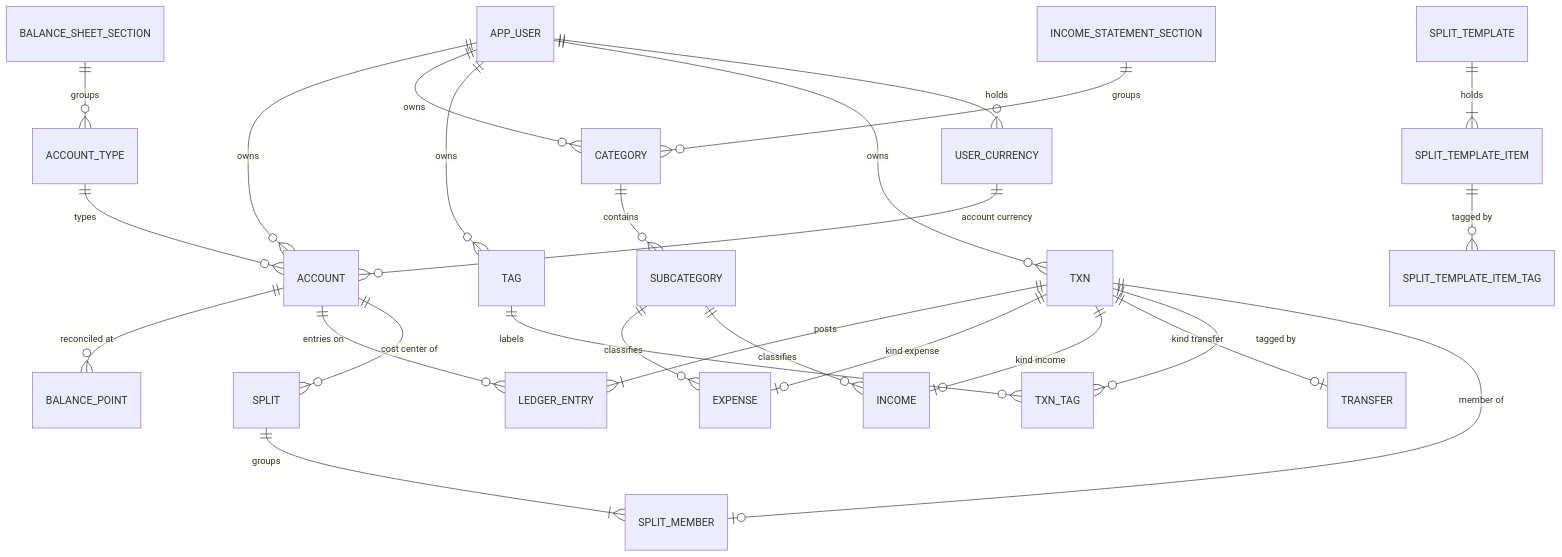
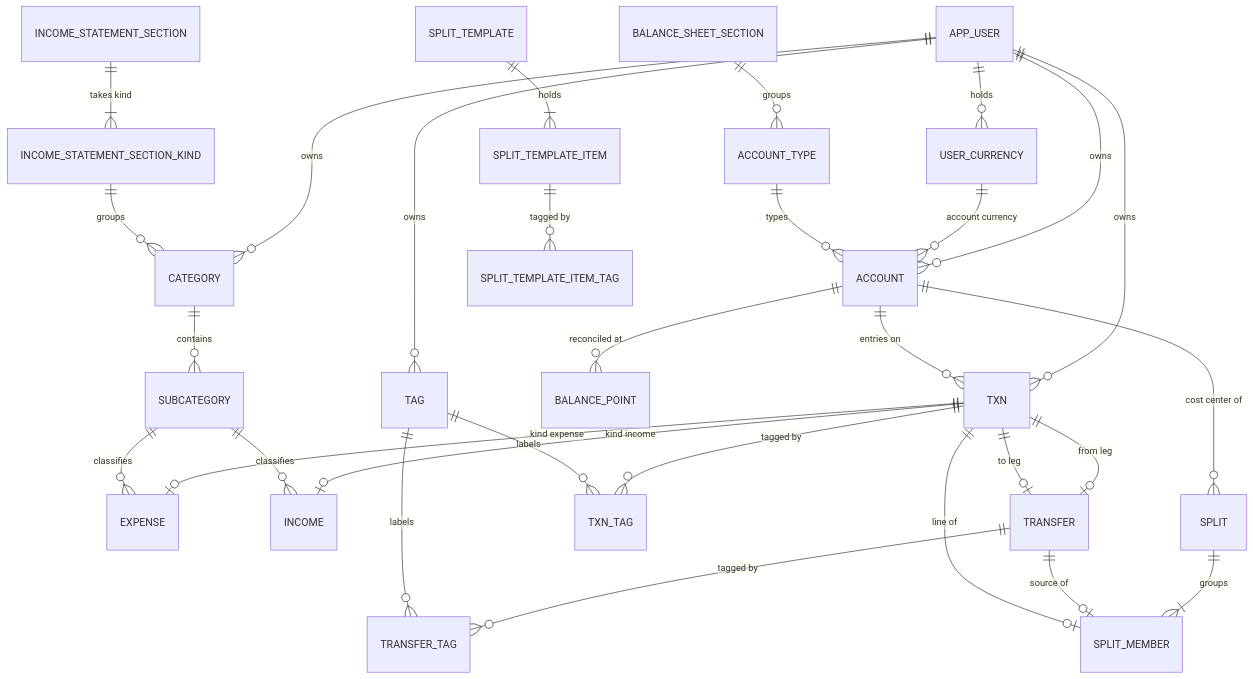
One commit to yayfalafels/redbooks changed the first of 2 diagrams in docs/releases/020/design/data-model.md. Above: the diagram before and after it, drawn with Mermaid. The commit also changed other lines of this file and 12 other files, not shown here.

````diff
--- a/docs/releases/020/design/data-model.md
+++ b/docs/releases/020/design/data-model.md
@@ -101,28 +108,32 @@
 ```mermaid
 erDiagram
     APP_USER ||--o{ ACCOUNT : owns
     APP_USER ||--o{ CATEGORY : owns
     APP_USER ||--o{ TAG : owns
     APP_USER ||--o{ TXN : owns
     APP_USER ||--o{ USER_CURRENCY : holds
     USER_CURRENCY ||--o{ ACCOUNT : "account currency"
     ACCOUNT_TYPE ||--o{ ACCOUNT : types
     BALANCE_SHEET_SECTION ||--o{ ACCOUNT_TYPE : groups
     ACCOUNT ||--o{ BALANCE_POINT : "reconciled at"
-    INCOME_STATEMENT_SECTION ||--o{ CATEGORY : groups
+    INCOME_STATEMENT_SECTION ||--|{ INCOME_STATEMENT_SECTION_KIND : "takes kind"
+    INCOME_STATEMENT_SECTION_KIND ||--o{ CATEGORY : groups
     CATEGORY ||--o{ SUBCATEGORY : contains
-    TXN ||--|{ LEDGER_ENTRY : posts
-    ACCOUNT ||--o{ LEDGER_ENTRY : "entries on"
+    ACCOUNT ||--o{ TXN : "entries on"
     TXN ||--o| EXPENSE : "kind expense"
     TXN ||--o| INCOME : "kind income"
-    TXN ||--o| TRANSFER : "kind transfer"
+    TXN ||--o| TRANSFER : "from leg"
+    TXN ||--o| TRANSFER : "to leg"
     SUBCATEGORY ||--o{ EXPENSE : classifies
     SUBCATEGORY ||--o{ INCOME : classifies
     TXN ||--o{ TXN_TAG : "tagged by"
     TAG ||--o{ TXN_TAG : labels
+    TRANSFER ||--o{ TRANSFER_TAG : "tagged by"
+    TAG ||--o{ TRANSFER_TAG : labels
     SPLIT ||--|{ SPLIT_MEMBER : groups
-    TXN ||--o| SPLIT_MEMBER : "member of"
+    TRANSFER ||--o| SPLIT_MEMBER : "source of"
+    TXN ||--o| SPLIT_MEMBER : "line of"
     ACCOUNT ||--o{ SPLIT : "cost center of"
     SPLIT_TEMPLATE ||--|{ SPLIT_TEMPLATE_ITEM : holds
     SPLIT_TEMPLATE_ITEM ||--o{ SPLIT_TEMPLATE_ITEM_TAG : "tagged by"
 ```
````
